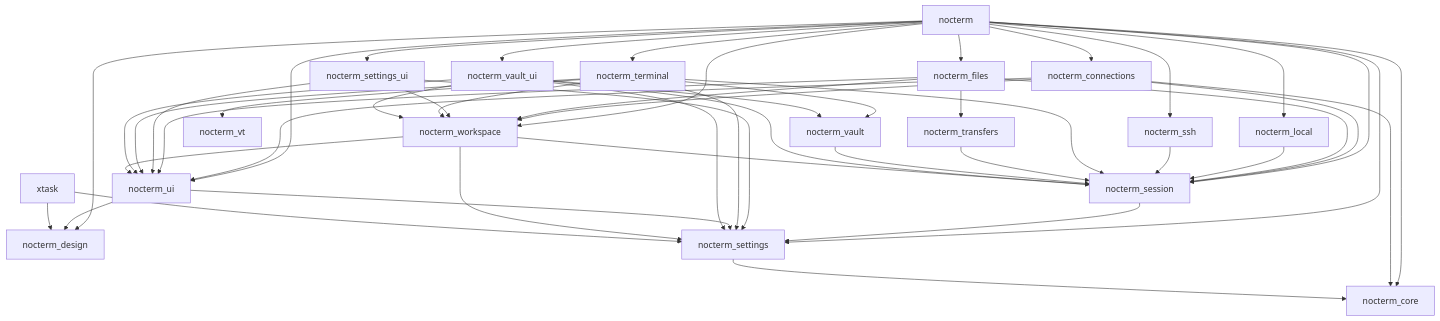
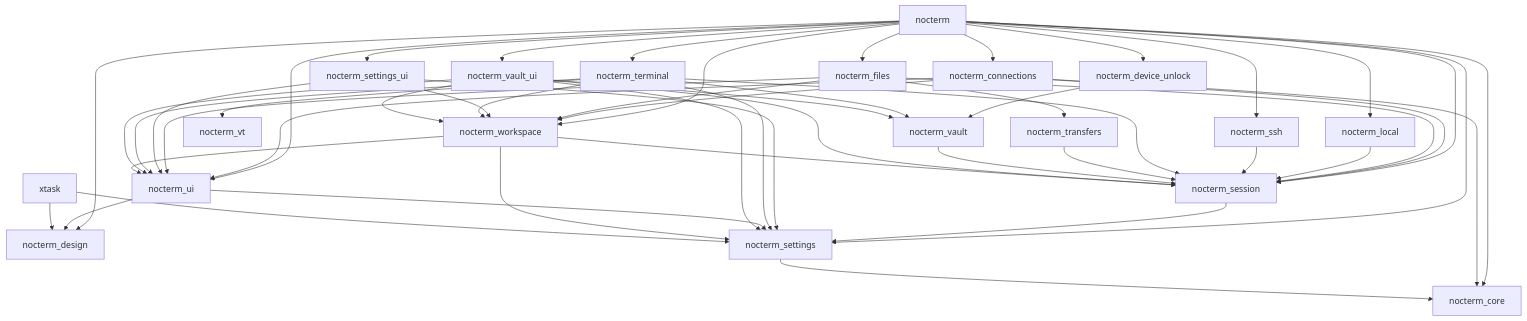
The diagram in docs/architecture/dependencies.md (cu-e/nocterm), drawn with Mermaid before and after one commit. The commit also changed other lines of this file and 33 other files, not shown here.

First line of the commit message:
feat(vault): add authenticated device unlock providers

````diff
--- a/docs/architecture/dependencies.md
+++ b/docs/architecture/dependencies.md
@@ -28,51 +30,53 @@
 ```mermaid
 graph TD
     nocterm --> nocterm_connections
     nocterm --> nocterm_core
     nocterm --> nocterm_design
+    nocterm --> nocterm_device_unlock
     nocterm --> nocterm_files
     nocterm --> nocterm_local
     nocterm --> nocterm_session
     nocterm --> nocterm_settings
     nocterm --> nocterm_settings_ui
     nocterm --> nocterm_ssh
     nocterm --> nocterm_terminal
     nocterm --> nocterm_ui
     nocterm --> nocterm_vault_ui
     nocterm --> nocterm_workspace
     nocterm_connections --> nocterm_core
     nocterm_connections --> nocterm_session
     nocterm_connections --> nocterm_ui
     nocterm_connections --> nocterm_workspace
+    nocterm_device_unlock --> nocterm_vault
     nocterm_files --> nocterm_session
     nocterm_files --> nocterm_transfers
     nocterm_files --> nocterm_ui
     nocterm_files --> nocterm_workspace
     nocterm_local --> nocterm_session
     nocterm_session --> nocterm_settings
     nocterm_settings --> nocterm_core
     nocterm_settings_ui --> nocterm_settings
     nocterm_settings_ui --> nocterm_ui
     nocterm_settings_ui --> nocterm_workspace
     nocterm_ssh --> nocterm_session
     nocterm_terminal --> nocterm_session
     nocterm_terminal --> nocterm_settings
     nocterm_terminal --> nocterm_ui
     nocterm_terminal --> nocterm_vault
     nocterm_terminal --> nocterm_vt
     nocterm_terminal --> nocterm_workspace
     nocterm_transfers --> nocterm_session
     nocterm_ui --> nocterm_design
     nocterm_ui --> nocterm_settings
     nocterm_vault --> nocterm_session
     nocterm_vault_ui --> nocterm_session
     nocterm_vault_ui --> nocterm_settings
     nocterm_vault_ui --> nocterm_ui
     nocterm_vault_ui --> nocterm_vault
     nocterm_vault_ui --> nocterm_workspace
     nocterm_workspace --> nocterm_session
     nocterm_workspace --> nocterm_settings
     nocterm_workspace --> nocterm_ui
     xtask --> nocterm_design
     xtask --> nocterm_settings
 ```
````
